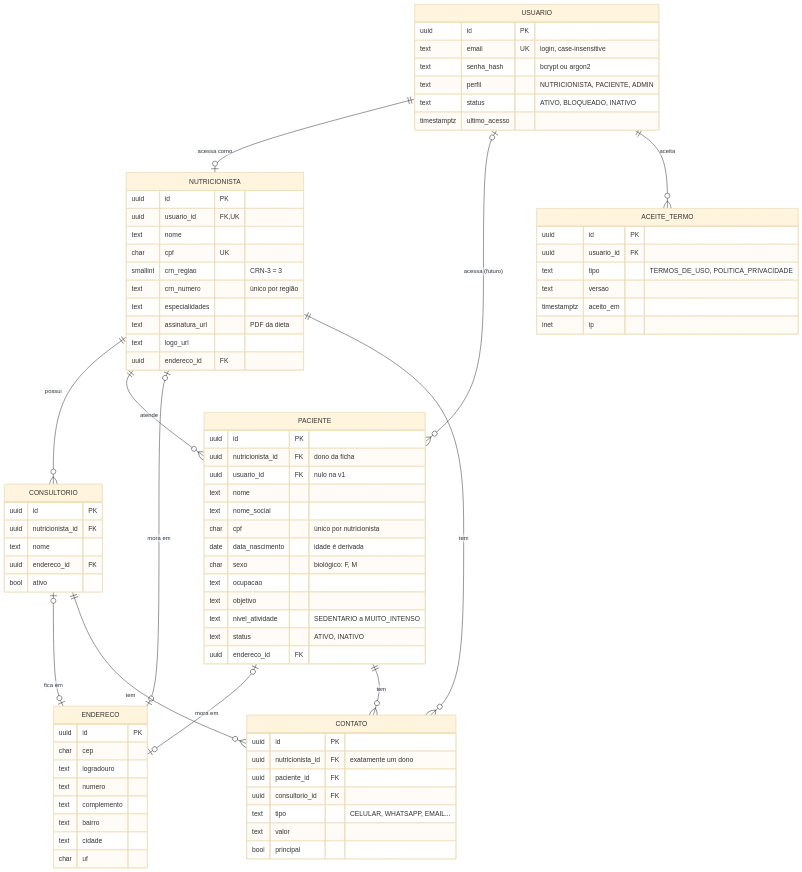
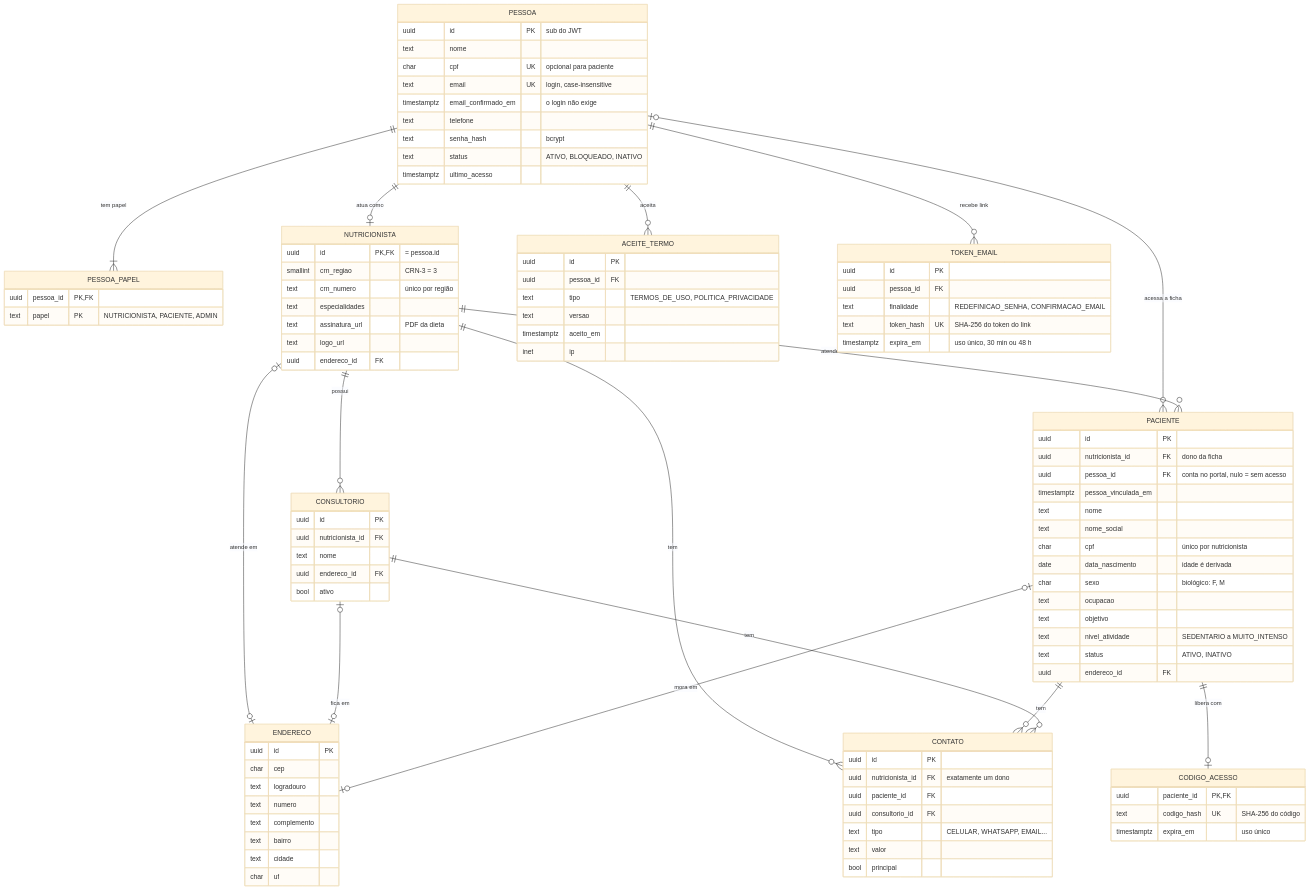
One commit to AFITCENTER/AFitCenter changed the second of 6 diagrams in docs/MER.md. Above: the diagram before and after it, drawn with Mermaid (base theme). The commit also changed other lines of this file and 4 other files, not shown here.

First line of the commit message:
Documenta o ms-pessoa e o acesso do paciente

````diff
--- a/docs/MER.md
+++ b/docs/MER.md
@@ -61,38 +66,52 @@
 ```mermaid
 erDiagram
-    USUARIO ||--o| NUTRICIONISTA : "acessa como"
-    USUARIO |o--o{ PACIENTE : "acessa (futuro)"
-    USUARIO ||--o{ ACEITE_TERMO : aceita
+    PESSOA ||--|{ PESSOA_PAPEL : "tem papel"
+    PESSOA ||--o| NUTRICIONISTA : "atua como"
+    PESSOA |o--o{ PACIENTE : "acessa a ficha"
+    PESSOA ||--o{ ACEITE_TERMO : aceita
+    PESSOA ||--o{ TOKEN_EMAIL : "recebe link"
+    PACIENTE ||--o| CODIGO_ACESSO : "libera com"
     NUTRICIONISTA ||--o{ CONSULTORIO : possui
     NUTRICIONISTA ||--o{ PACIENTE : atende
-    NUTRICIONISTA |o--o| ENDERECO : "mora em"
+    NUTRICIONISTA |o--o| ENDERECO : "atende em"
     CONSULTORIO |o--o| ENDERECO : "fica em"
     PACIENTE |o--o| ENDERECO : "mora em"
     NUTRICIONISTA ||--o{ CONTATO : tem
     PACIENTE ||--o{ CONTATO : tem
     CONSULTORIO ||--o{ CONTATO : tem
 
-    USUARIO {
-        uuid id PK
+    PESSOA {
+        uuid id PK "sub do JWT"
+        text nome
+        char cpf UK "opcional para paciente"
         text email UK "login, case-insensitive"
-        text senha_hash "bcrypt ou argon2"
-        text perfil "NUTRICIONISTA, PACIENTE, ADMIN"
+        timestamptz email_confirmado_em "o login não exige"
+        text telefone
+        text senha_hash "bcrypt"
         text status "ATIVO, BLOQUEADO, INATIVO"
         timestamptz ultimo_acesso
     }
+    PESSOA_PAPEL {
+        uuid pessoa_id PK, FK
+        text papel PK "NUTRICIONISTA, PACIENTE, ADMIN"
+    }
+    TOKEN_EMAIL {
+        uuid id PK
+        uuid pessoa_id FK
+        text finalidade "REDEFINICAO_SENHA, CONFIRMACAO_EMAIL"
+        text token_hash UK "SHA-256 do token do link"
+        timestamptz expira_em "uso único, 30 min ou 48 h"
+    }
     ACEITE_TERMO {
         uuid id PK
-        uuid usuario_id FK
+        uuid pessoa_id FK
         text tipo "TERMOS_DE_USO, POLITICA_PRIVACIDADE"
         text versao
         timestamptz aceito_em
         inet ip
     }
     NUTRICIONISTA {
-        uuid id PK
-        uuid usuario_id FK, UK
-        text nome
-        char cpf UK
+        uuid id PK, FK "= pessoa.id"
         smallint crn_regiao "CRN-3 = 3"
         text crn_numero "único por região"
         text especialidades
@@ -110,7 +129,8 @@
     PACIENTE {
         uuid id PK
         uuid nutricionista_id FK "dono da ficha"
-        uuid usuario_id FK "nulo na v1"
+        uuid pessoa_id FK "conta no portal, nulo = sem acesso"
+        timestamptz pessoa_vinculada_em
         text nome
         text nome_social
         char cpf "único por nutricionista"
@@ -121,6 +141,11 @@
         text nivel_atividade "SEDENTARIO a MUITO_INTENSO"
         text status "ATIVO, INATIVO"
         uuid endereco_id FK
+    }
+    CODIGO_ACESSO {
+        uuid paciente_id PK, FK
+        text codigo_hash UK "SHA-256 do código"
+        timestamptz expira_em "uso único"
     }
     ENDERECO {
         uuid id PK
````
